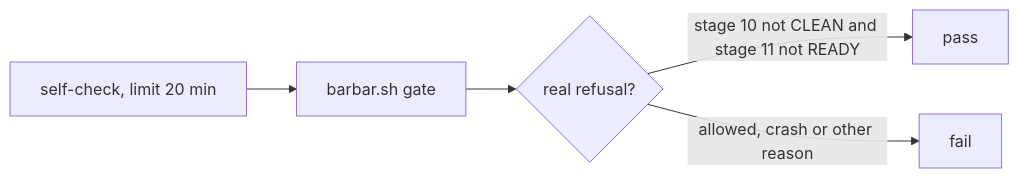
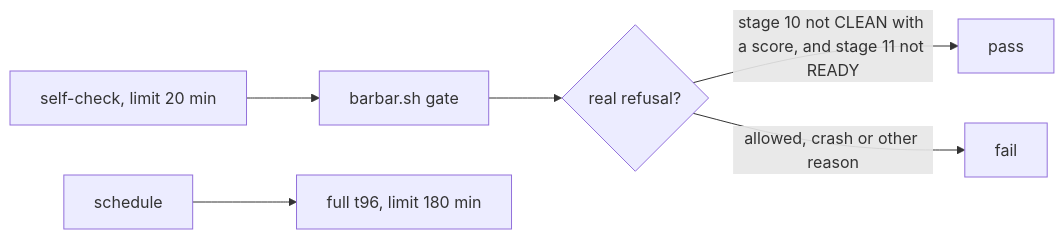
One commit to kadaluarsa/barbaric-driven-development changed the second of 2 diagrams in docs/cascade/05b-t97-self-check-gate.md. Above: the diagram before and after it, drawn with Mermaid. The commit also changed other lines of this file and 4 other files, not shown here.

````diff
--- a/docs/cascade/05b-t97-self-check-gate.md
+++ b/docs/cascade/05b-t97-self-check-gate.md
@@ -36,7 +46,8 @@
 ```mermaid
 flowchart LR
   J[self-check, limit 20 min] --> G[barbar.sh gate]
   G --> R{real refusal?}
-  R -->|stage 10 not CLEAN and stage 11 not READY| P[pass]
+  R -->|stage 10 not CLEAN with a score, and stage 11 not READY| P[pass]
   R -->|allowed, crash or other reason| X[fail]
+  S[schedule] --> T[full t96, limit 180 min]
 ```
````
